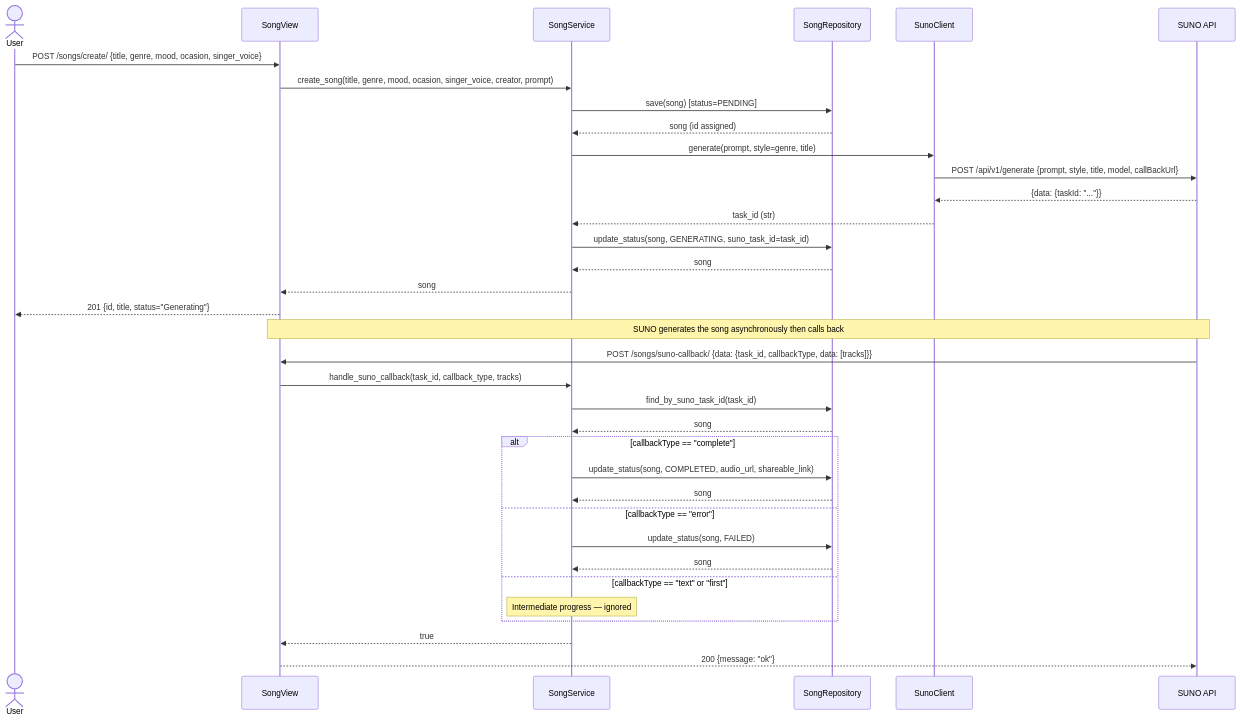
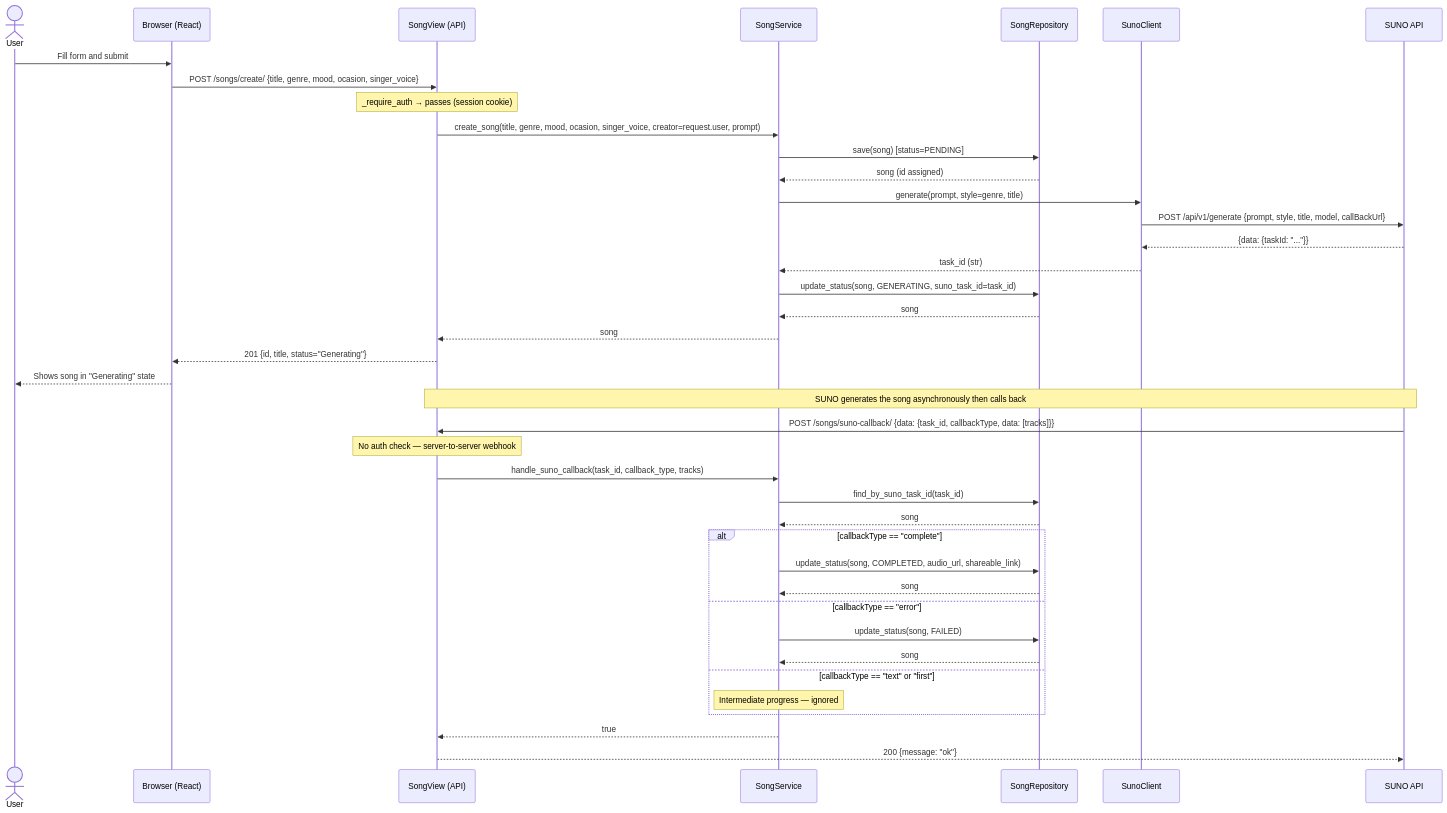
Before and after one commit to ParanyuLion/Cithara: the second of 2 diagrams in docs/sequence_diagram.md, drawn with Mermaid. The commit also changed other lines of this file and 19 other files, not shown here.

````diff
--- a/docs/sequence_diagram.md
+++ b/docs/sequence_diagram.md
@@ -3,49 +40,54 @@
 ```mermaid
 sequenceDiagram
     actor User
-    participant V   as SongView
+    participant B   as Browser (React)
+    participant V   as SongView (API)
     participant SS  as SongService
     participant SR  as SongRepository
     participant SC  as SunoClient
     participant SUNO as SUNO API
 
     %% ── Step 1: Create request ──────────────────────────────────────────────
-    User->>V: POST /songs/create/ {title, genre, mood, ocasion, singer_voice}
-    V->>SS: create_song(title, genre, mood, ocasion, singer_voice, creator, prompt)
+    User->>B: Fill form and submit
+    B->>V: POST /songs/create/ {title, genre, mood, ocasion, singer_voice}
+    Note over V: _require_auth → passes (session cookie)
+    V->>SS: create_song(title, genre, mood, ocasion, singer_voice, creator=request.user, prompt)
 
     SS->>SR: save(song) [status=PENDING]
     SR-->>SS: song (id assigned)
 
     %% ── Step 2: Submit to SUNO ──────────────────────────────────────────────
     SS->>SC: generate(prompt, style=genre, title)
     SC->>SUNO: POST /api/v1/generate {prompt, style, title, model, callBackUrl}
     SUNO-->>SC: {data: {taskId: "..."}}
     SC-->>SS: task_id (str)
 
     SS->>SR: update_status(song, GENERATING, suno_task_id=task_id)
     SR-->>SS: song
 
     SS-->>V: song
-    V-->>User: 201 {id, title, status="Generating"}
+    V-->>B: 201 {id, title, status="Generating"}
+    B-->>User: Shows song in "Generating" state
 
     %% ── Step 3: SUNO async callback ─────────────────────────────────────────
     Note over SUNO,V: SUNO generates the song asynchronously then calls back
 
     SUNO->>V: POST /songs/suno-callback/ {data: {task_id, callbackType, data: [tracks]}}
+    Note over V: No auth check — server-to-server webhook
     V->>SS: handle_suno_callback(task_id, callback_type, tracks)
     SS->>SR: find_by_suno_task_id(task_id)
     SR-->>SS: song
 
     alt callbackType == "complete"
         SS->>SR: update_status(song, COMPLETED, audio_url, shareable_link)
         SR-->>SS: song
     else callbackType == "error"
         SS->>SR: update_status(song, FAILED)
         SR-->>SS: song
     else callbackType == "text" or "first"
         Note over SS: Intermediate progress — ignored
     end
 
     SS-->>V: true
     V-->>SUNO: 200 {message: "ok"}
 ```
````
